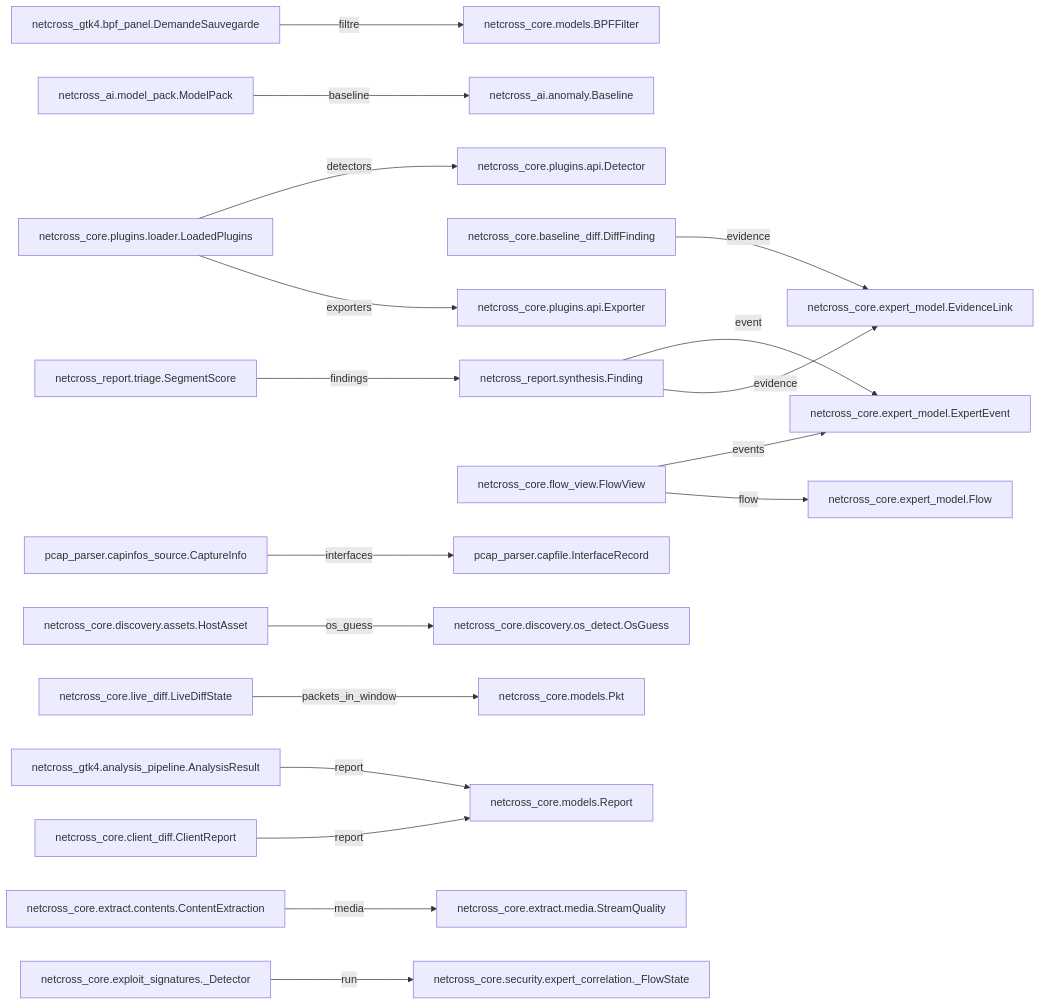
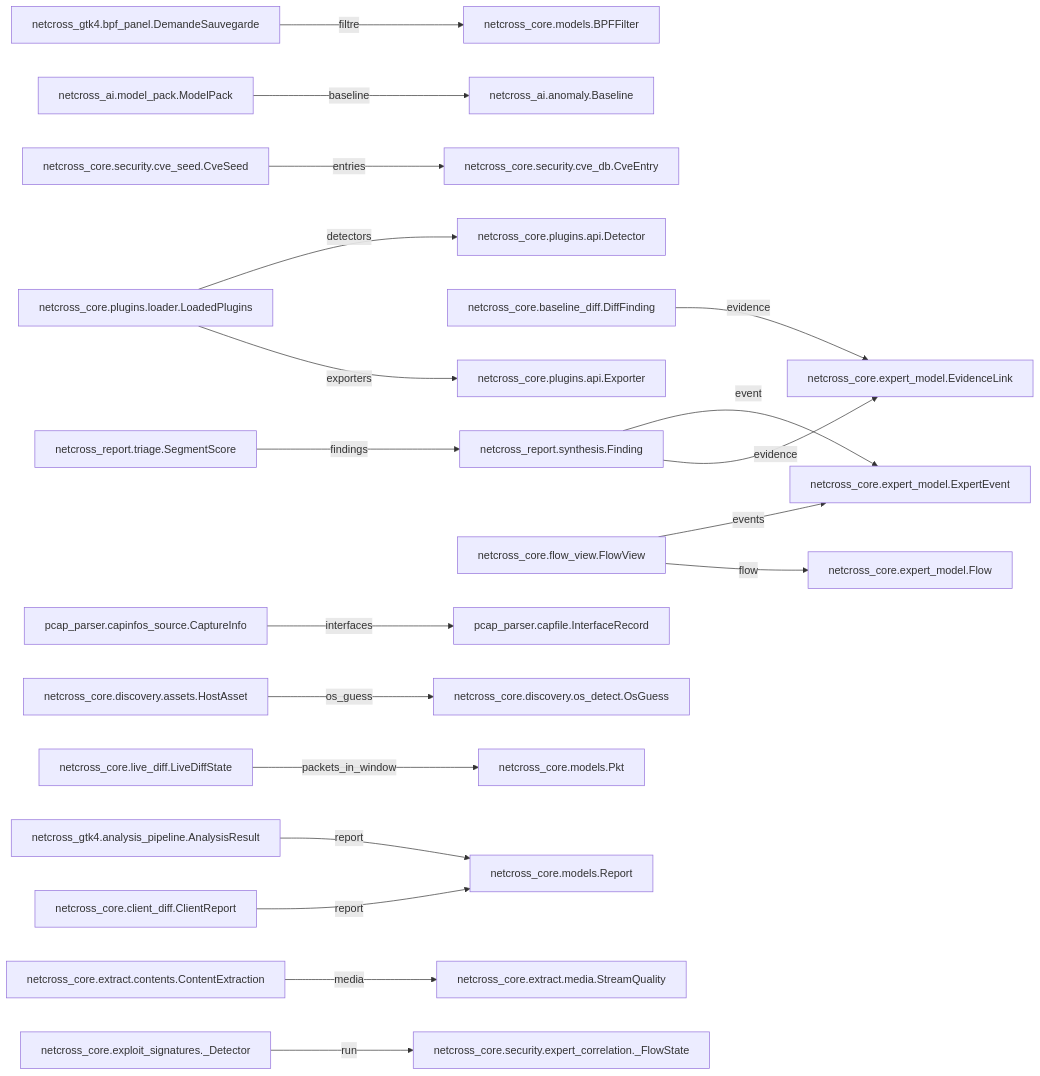
One commit to MathildeDec/Netcross changed the second of 19 diagrams in docs/class-diagram.md. Above: the diagram before and after it, drawn with Mermaid. The commit also changed other lines of this file and 15 other files, not shown here.

````diff
--- a/docs/class-diagram.md
+++ b/docs/class-diagram.md
@@ -55,47 +55,50 @@
 ```mermaid
 flowchart LR
     AnalysisResult["netcross_gtk4.analysis_pipeline.AnalysisResult"]
     BPFFilter["netcross_core.models.BPFFilter"]
     Baseline["netcross_ai.anomaly.Baseline"]
     CaptureInfo["pcap_parser.capinfos_source.CaptureInfo"]
     ClientReport["netcross_core.client_diff.ClientReport"]
     ContentExtraction["netcross_core.extract.contents.ContentExtraction"]
+    CveEntry["netcross_core.security.cve_db.CveEntry"]
+    CveSeed["netcross_core.security.cve_seed.CveSeed"]
     DemandeSauvegarde["netcross_gtk4.bpf_panel.DemandeSauvegarde"]
     Detector["netcross_core.plugins.api.Detector"]
     DiffFinding["netcross_core.baseline_diff.DiffFinding"]
     EvidenceLink["netcross_core.expert_model.EvidenceLink"]
     ExpertEvent["netcross_core.expert_model.ExpertEvent"]
     Exporter["netcross_core.plugins.api.Exporter"]
     Finding["netcross_report.synthesis.Finding"]
     FlowView["netcross_core.flow_view.FlowView"]
     Flow["netcross_core.expert_model.Flow"]
     HostAsset["netcross_core.discovery.assets.HostAsset"]
     InterfaceRecord["pcap_parser.capfile.InterfaceRecord"]
     LiveDiffState["netcross_core.live_diff.LiveDiffState"]
     LoadedPlugins["netcross_core.plugins.loader.LoadedPlugins"]
     ModelPack["netcross_ai.model_pack.ModelPack"]
     OsGuess["netcross_core.discovery.os_detect.OsGuess"]
     Pkt["netcross_core.models.Pkt"]
     Report["netcross_core.models.Report"]
     SegmentScore["netcross_report.triage.SegmentScore"]
     StreamQuality["netcross_core.extract.media.StreamQuality"]
     _Detector["netcross_core.exploit_signatures._Detector"]
     netcross_core_security_expert_correlation__FlowState["netcross_core.security.expert_correlation._FlowState"]
     AnalysisResult -->|report| Report
     CaptureInfo -->|interfaces| InterfaceRecord
     ClientReport -->|report| Report
     ContentExtraction -->|media| StreamQuality
+    CveSeed -->|entries| CveEntry
     DemandeSauvegarde -->|filtre| BPFFilter
     DiffFinding -->|evidence| EvidenceLink
     Finding -->|event| ExpertEvent
     Finding -->|evidence| EvidenceLink
     FlowView -->|events| ExpertEvent
     FlowView -->|flow| Flow
     HostAsset -->|os_guess| OsGuess
     LiveDiffState -->|packets_in_window| Pkt
     LoadedPlugins -->|detectors| Detector
     LoadedPlugins -->|exporters| Exporter
     ModelPack -->|baseline| Baseline
     SegmentScore -->|findings| Finding
     _Detector -->|run| netcross_core_security_expert_correlation__FlowState
 ```
````
